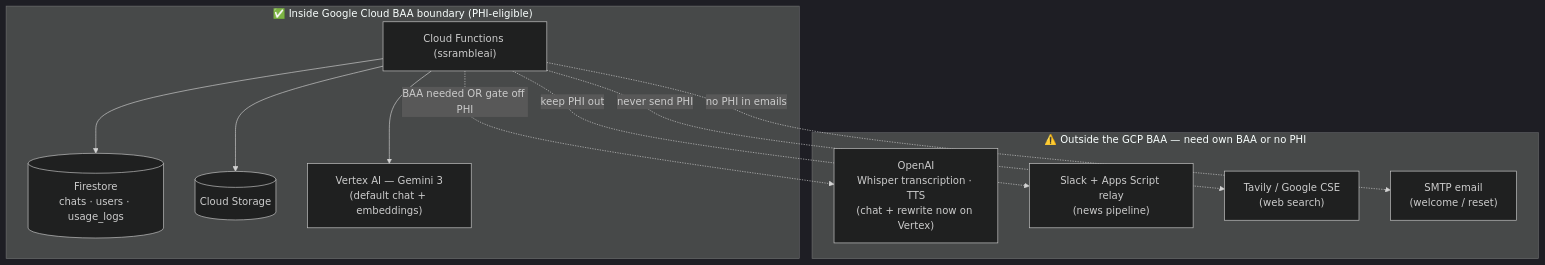
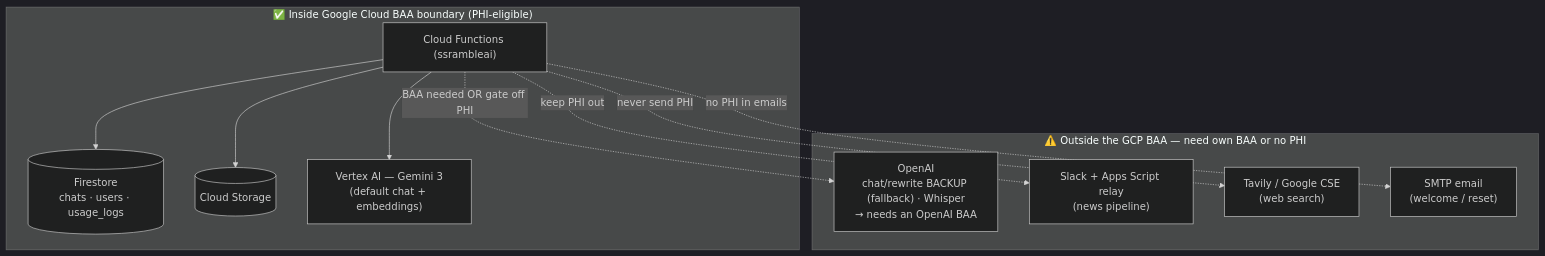
One commit to Havs5/Amble-AI changed diagram 14 of 14 in docs/ARCHITECTURE.md. Above: the diagram before and after it, drawn with Mermaid (dark theme). The commit also changed other lines of this file and 3 other files, not shown here.

First line of the commit message:
feat(hipaa): keep OpenAI as backup + Whisper; PHI_SAFE_MODE now opt-in

````diff
--- a/docs/ARCHITECTURE.md
+++ b/docs/ARCHITECTURE.md
@@ -553,20 +553,20 @@
 ```mermaid
 flowchart TD
     subgraph Covered["✅ Inside Google Cloud BAA boundary (PHI-eligible)"]
         FS[("Firestore<br/>chats · users · usage_logs")]
         ST[("Cloud Storage")]
         FN["Cloud Functions (ssrambleai)"]
         VTX["Vertex AI — Gemini 3<br/>(default chat + embeddings)"]
     end
     subgraph External["⚠️ Outside the GCP BAA — need own BAA or no PHI"]
-        OAI["OpenAI<br/>Whisper transcription · TTS<br/>(chat + rewrite now on Vertex)"]
+        OAI["OpenAI<br/>chat/rewrite BACKUP (fallback) · Whisper<br/>→ needs an OpenAI BAA"]
         SLK["Slack + Apps Script relay<br/>(news pipeline)"]
         WEB["Tavily / Google CSE<br/>(web search)"]
         SMTP["SMTP email<br/>(welcome / reset)"]
     end
     FN --> FS & ST & VTX
     FN -.->|BAA needed OR gate off PHI| OAI
     FN -.->|keep PHI out| SLK
     FN -.->|never send PHI| WEB
     FN -.->|no PHI in emails| SMTP
 ```
````
